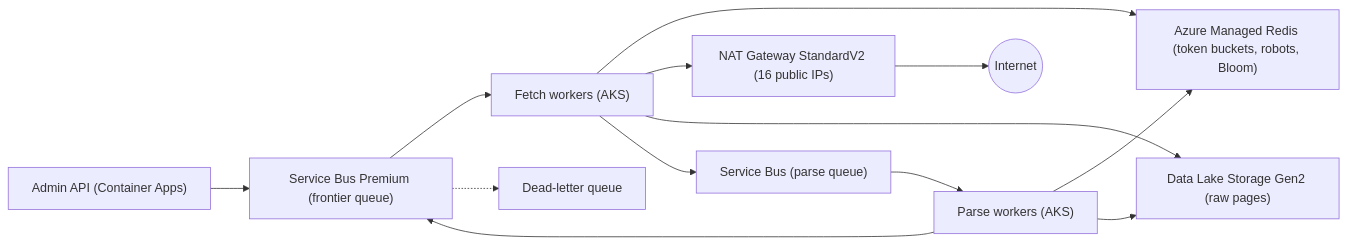
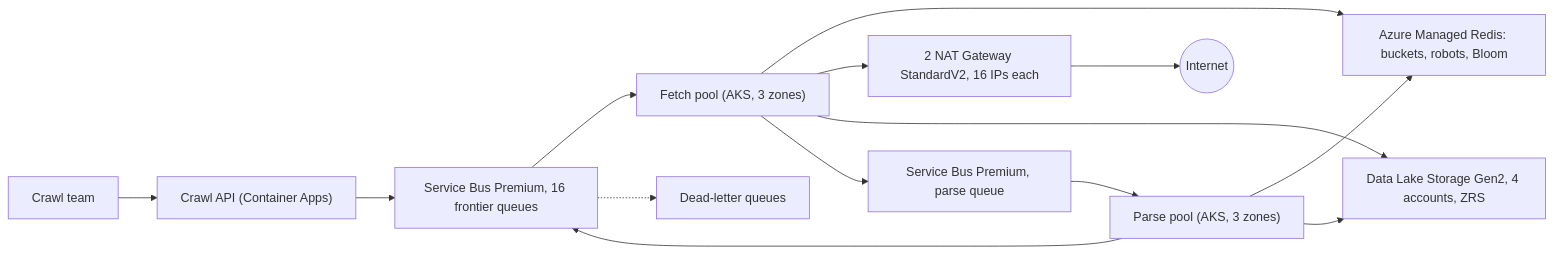
The tenth of 10 diagrams in docs/06-case-studies/web-crawler.md (spabolu/system-design-modern), drawn with Mermaid before and after one commit. The commit also changed other lines of this file, not shown here.

````diff
--- a/docs/06-case-studies/web-crawler.md
+++ b/docs/06-case-studies/web-crawler.md
@@ -137,15 +398,16 @@
 ```mermaid
 flowchart LR
-  ADM["Admin API (Container Apps)"] --> SBF["Service Bus Premium (frontier queue)"]
-  SBF --> FW["Fetch workers (AKS)"]
-  FW --> AMR["Azure Managed Redis (token buckets, robots, Bloom)"]
-  FW --> NAT["NAT Gateway StandardV2 (16 public IPs)"]
+  Team[Crawl team] --> ADM["Crawl API (Container Apps)"]
+  ADM --> SBF["Service Bus Premium, 16 frontier queues"]
+  SBF --> FW["Fetch pool (AKS, 3 zones)"]
+  FW --> AMR["Azure Managed Redis: buckets, robots, Bloom"]
+  FW --> NAT["2 NAT Gateway StandardV2, 16 IPs each"]
   NAT --> WEB((Internet))
-  FW --> ADLS["Data Lake Storage Gen2 (raw pages)"]
-  FW --> SBP["Service Bus (parse queue)"]
-  SBP --> PW["Parse workers (AKS)"]
+  FW --> ADLS["Data Lake Storage Gen2, 4 accounts, ZRS"]
+  FW --> SBP["Service Bus Premium, parse queue"]
+  SBP --> PW["Parse pool (AKS, 3 zones)"]
   PW --> AMR
   PW --> SBF
   PW --> ADLS
-  SBF -.-> DLQ["Dead-letter queue"]
+  SBF -.-> DLQ["Dead-letter queues"]
 ```
````
